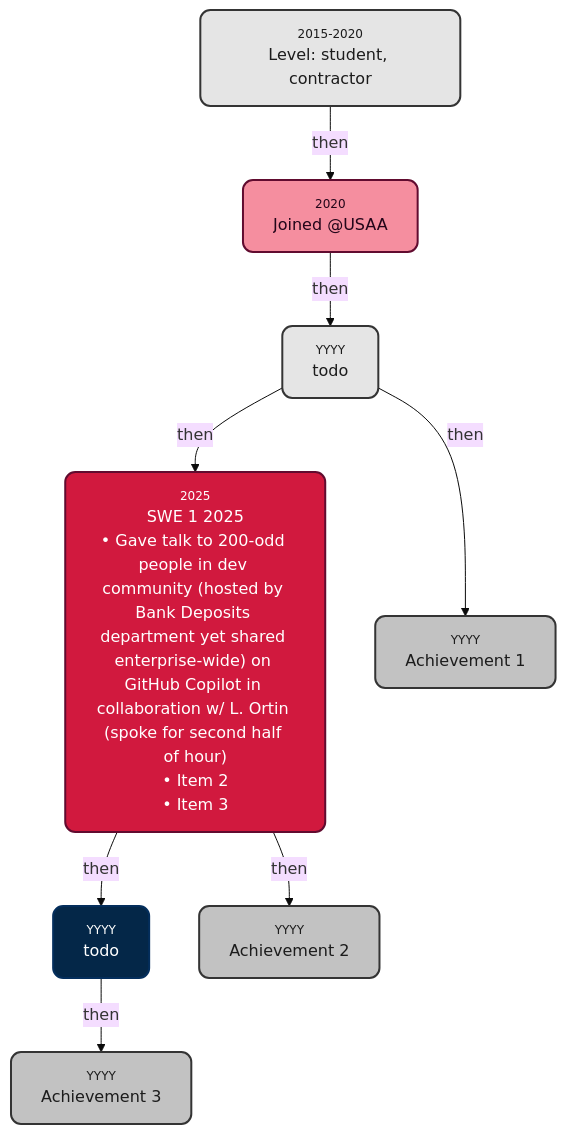
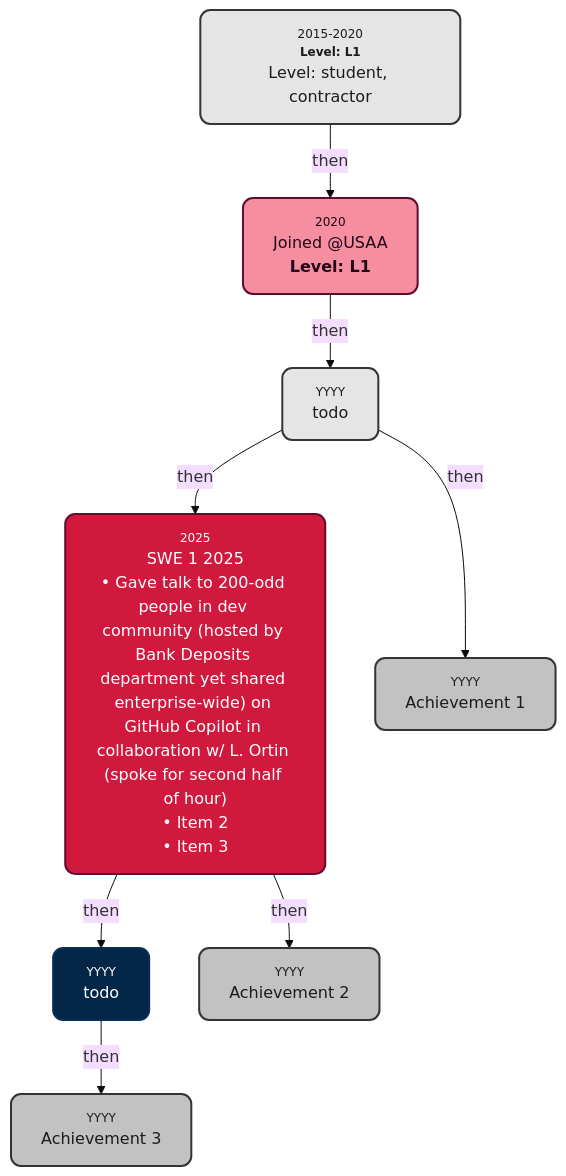
The diagram in README.md (s-sepanski/portfolio), drawn with Mermaid (base theme) before and after one commit. The commit also changed other lines of this file and 1 other file, not shown here.

````diff
--- a/README.md
+++ b/README.md
@@ -25,20 +25,20 @@
 ```mermaid
 graph TD
-    NewNode["<div style='font-size:75%; color:#848484; text-align:center;'>2015-2020</div>Level: student, contractor"] -->|then| A["<div style='font-size:75%; color:#848484; text-align:center;'>2020</div>Joined @USAA"]
+    NewNode["<div style='font-size:75%; color:#848484; text-align:center;'>2015-2020</div><div style='font-size:75%; color:#848484; text-align:center;'><b>Level: L1</b></div>Level: student, contractor"] -->|then| A["<div style='font-size:75%; color:#848484; text-align:center;'>2020</div>Joined @USAA<br><b>Level: L1</b>"]
     A -->|then| B["<div style='font-size:75%; color:#848484; text-align:center;'>YYYY</div>todo"]
     B -->|then| C["<div style='font-size:75%; color:#848484; text-align:center;'>2025</div>SWE 1 2025<br>• Gave talk to 200-odd people in dev community (hosted by Bank Deposits department yet shared enterprise-wide) on GitHub Copilot in collaboration w/ L. Ortin (spoke for second half of hour)<br>• Item 2<br>• Item 3"]
     C -->|then| D["<div style='font-size:75%; color:#848484; text-align:center;'>YYYY</div>todo"]
     B -->|then| E["<div style='font-size:75%; color:#848484; text-align:center;'>YYYY</div>Achievement 1"]
     C -->|then| F["<div style='font-size:75%; color:#848484; text-align:center;'>YYYY</div>Achievement 2"]
     D -->|then| G["<div style='font-size:75%; color:#848484; text-align:center;'>YYYY</div>Achievement 3"]
     style NewNode fill:#e5e5e5,stroke:#343434,stroke-width:2px,color:#1c1c1c
     style A fill:#f58e9f,stroke:#610b2f,stroke-width:2px,color:#230519
     style B fill:#e5e5e5,stroke:#343434,stroke-width:2px,color:#1c1c1c
     style C fill:#d1193e,stroke:#610b2f,stroke-width:2px,color:#FFFFFF
     style D fill:#042748,stroke:#042e5c,stroke-width:2px,color:#FFFFFF
     style E fill:#c2c2c2,stroke:#343434,stroke-width:2px,color:#1c1c1c
     style F fill:#c2c2c2,stroke:#343434,stroke-width:2px,color:#1c1c1c
     style G fill:#c2c2c2,stroke:#343434,stroke-width:2px,color:#1c1c1c
     classDef rounded stroke-width:2px,rx:10,ry:10;
     class NewNode,A,B,C,D,E,F,G rounded;
 ```
````
